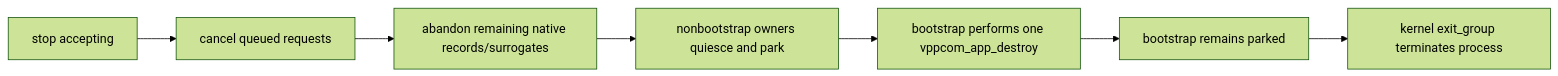
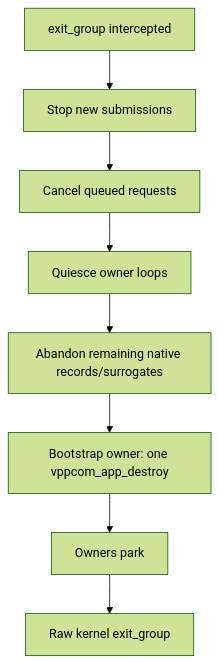
Before and after one commit to aritrbas/vclgo: diagram 16 of 18 in docs/architecture_diagrams.md, drawn with Mermaid (forest theme). The commit also changed other lines of this file and 32 other files, not shown here.

````diff
--- a/docs/architecture_diagrams.md
+++ b/docs/architecture_diagrams.md
@@ -465,9 +663,10 @@
-```mermaid
-flowchart LR
-    A["stop accepting"] --> B["cancel queued requests"]
-    B --> C["abandon remaining native records/surrogates"]
-    C --> D["nonbootstrap owners quiesce and park"]
-    D --> F["bootstrap performs one vppcom_app_destroy"]
-    F --> G["bootstrap remains parked"]
-    G --> H["kernel exit_group terminates process"]
-```
+~~~mermaid
+flowchart TD
+    E["exit_group intercepted"] --> N["Stop new submissions"]
+    N --> C["Cancel queued requests"]
+    C --> Q["Quiesce owner loops"]
+    Q --> A["Abandon remaining native records/surrogates"]
+    A --> D["Bootstrap owner: one vppcom_app_destroy"]
+    D --> P["Owners park"]
+    P --> K["Raw kernel exit_group"]
+~~~
````
